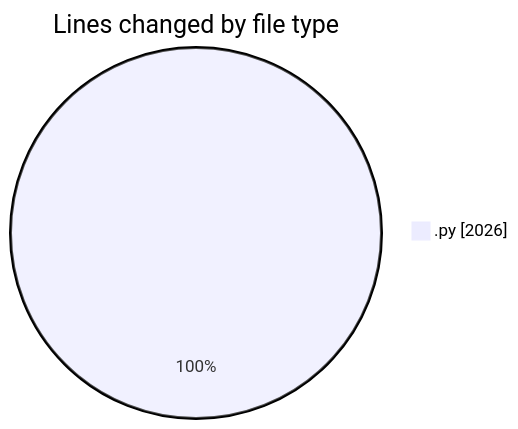
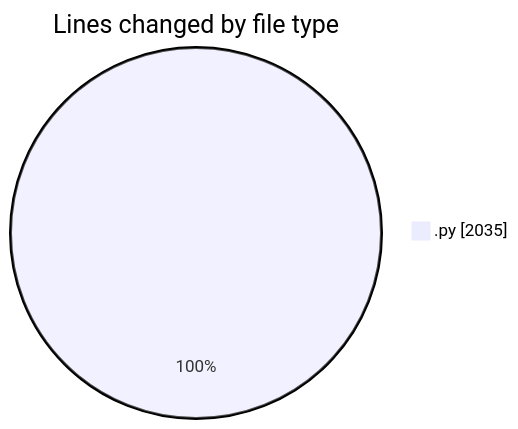
One commit to MatusMokan/code-tracking changed the first of 2 diagrams in 2025-04-12/myws__workspace_/README.md. Above: the diagram before and after it, drawn with Mermaid. The commit also changed other lines of this file and 1 other file, not shown here.

````diff
--- a/2025-04-12/myws__workspace_/README.md
+++ b/2025-04-12/myws__workspace_/README.md
@@ -22,5 +22,5 @@
 ```mermaid
 pie showData
 title Lines changed by file type
-".py" : 2026
+".py" : 2035
 ```
````
